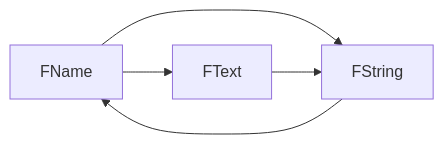
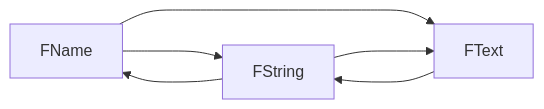
One commit to layshua/- changed the diagram in 引擎Unreal/02 U++精粹/1 类型.md. Above: the diagram before and after it, drawn with Mermaid. The commit also changed other lines of this file, not shown here.

````diff
--- a/引擎Unreal/02 U++精粹/1 类型.md
+++ b/引擎Unreal/02 U++精粹/1 类型.md
@@ -978,8 +1073,9 @@
 ```mermaid
 flowchart LR
-	FName-->FString;
+	FName--->FString;
 
-	FName-->FText;
-	FString --> FName;
-	FText-->FString;
+	FName--->FText;
+	FString ---> FName;
+	FText--->FString;
+	FString--->FText;
 ```
````
